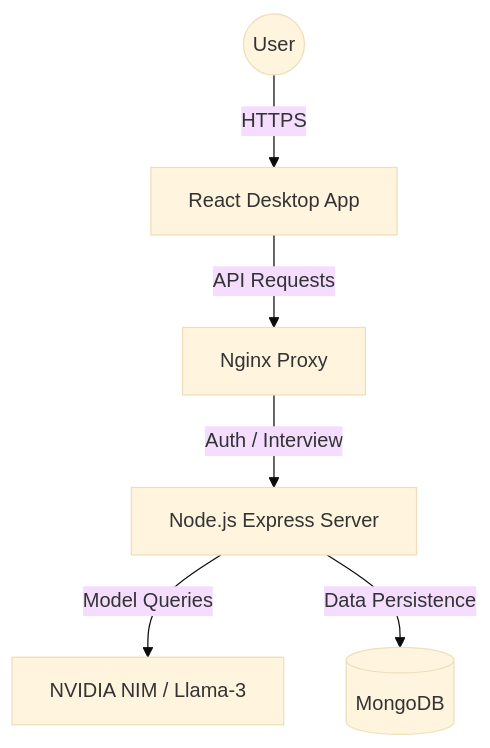
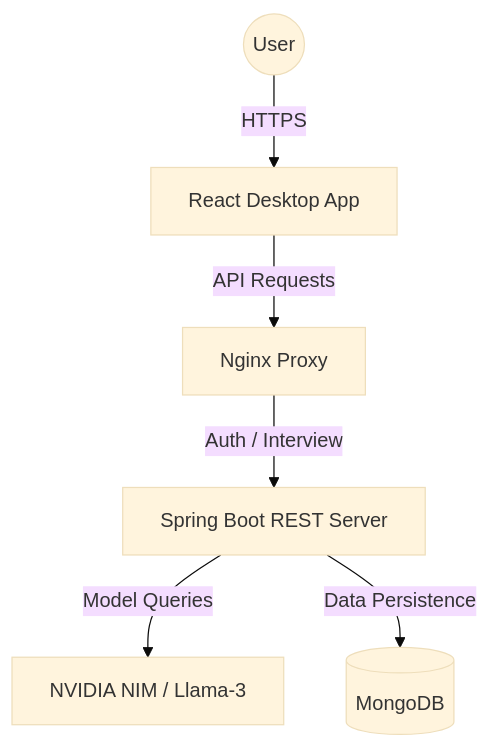
Before and after one commit to Sanket9076/-Mock-Mitra: the diagram in README.md, drawn with Mermaid (base theme). The commit also changed other lines of this file and 5 other files, not shown here.

Commit message:
docs: update backend tech stack and architecture to Java Spring Boot

````diff
--- a/README.md
+++ b/README.md
@@ -48,8 +48,8 @@
 ```mermaid
 graph TD
     User((User)) -->|HTTPS| Frontend[React Desktop App]
     Frontend -->|API Requests| Gateway[Nginx Proxy]
-    Gateway -->|Auth / Interview| Backend[Node.js Express Server]
+    Gateway -->|Auth / Interview| Backend[Spring Boot REST Server]
     Backend -->|Model Queries| AI[NVIDIA NIM / Llama-3]
     Backend -->|Data Persistence| DB[(MongoDB)]
 ```
````
